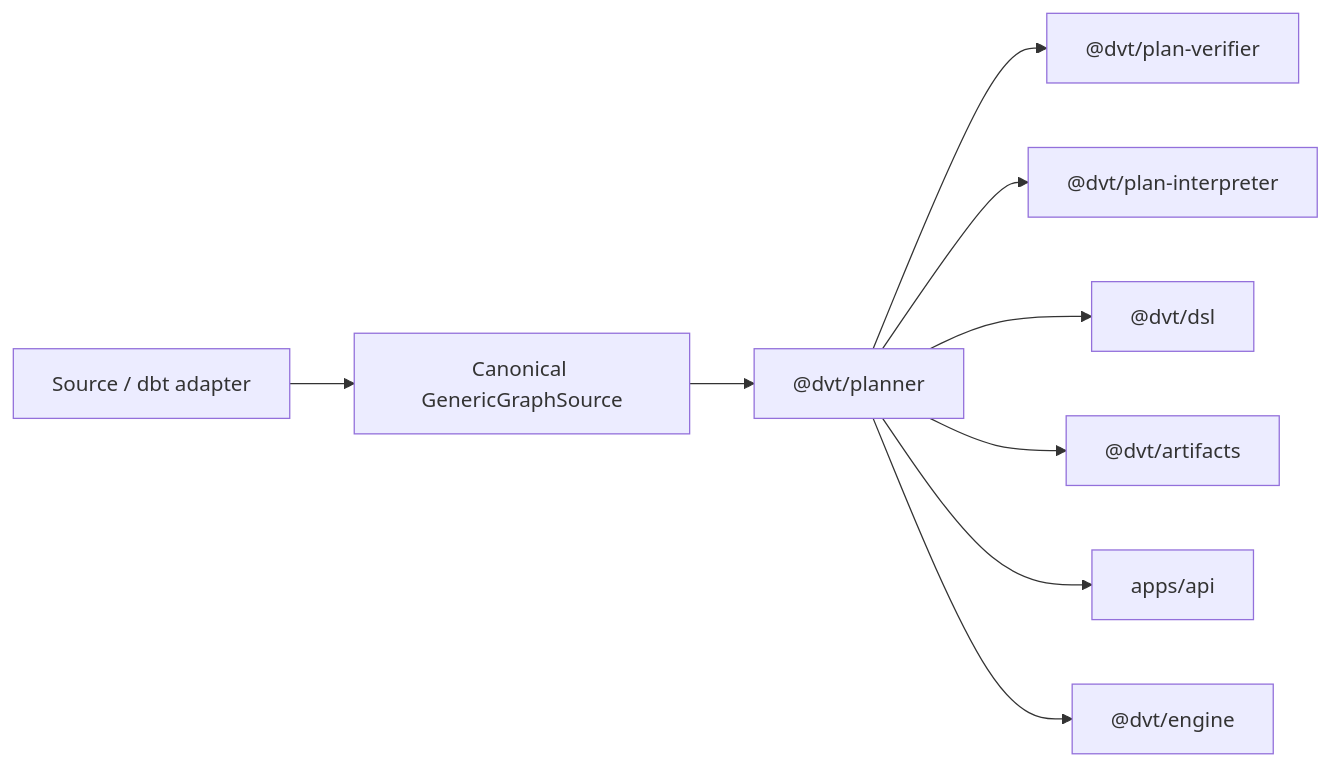
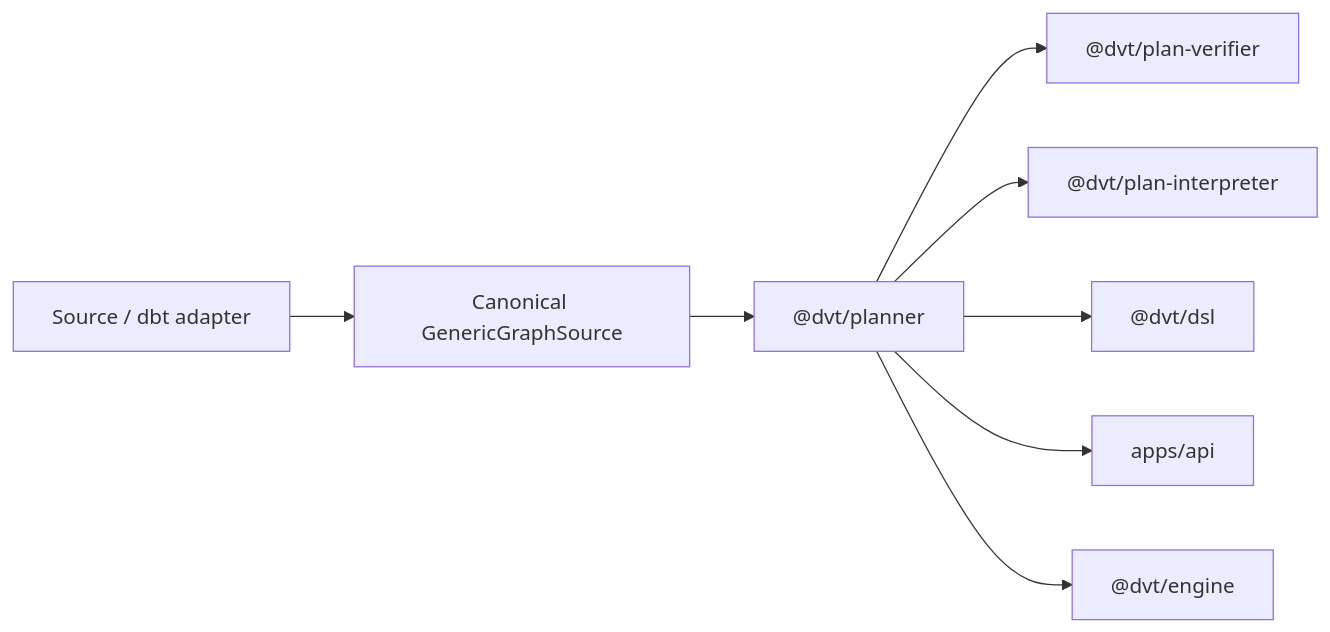
The diagram in docs/architecture/domain-planning.md (dunay2/dvt), drawn with Mermaid before and after one commit. The commit also changed other lines of this file and 1 other file, not shown here.

````diff
--- a/docs/architecture/domain-planning.md
+++ b/docs/architecture/domain-planning.md
@@ -32,11 +31,10 @@
 ```mermaid
 flowchart LR
   SourceAdapter["Source / dbt adapter"] --> Graph["Canonical GenericGraphSource"]
   Graph --> Planner["@dvt/planner"]
   Planner --> Verifier["@dvt/plan-verifier"]
   Planner --> Interpreter["@dvt/plan-interpreter"]
   Planner --> DSL["@dvt/dsl"]
-  Planner --> Artifacts["@dvt/artifacts"]
   Planner --> API["apps/api"]
   Planner --> Execution["@dvt/engine"]
 ```
````
